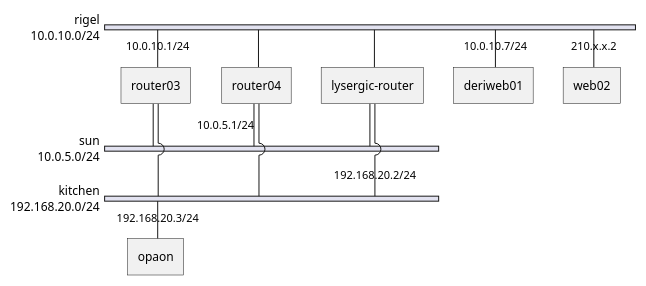
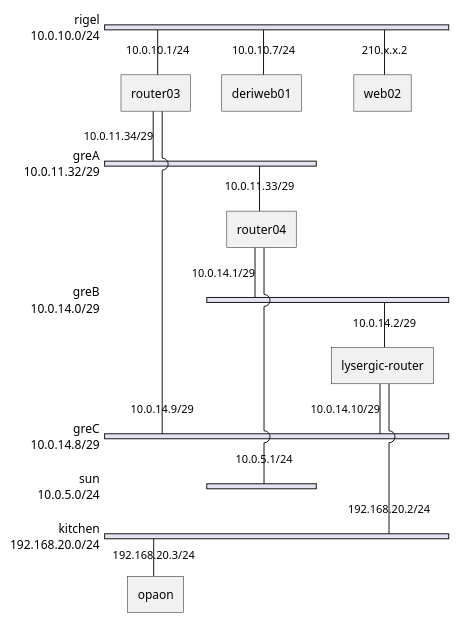
Before and after one commit to mogad0n/plantuml: the diagram in lysergic.pu, drawn with PlantUML.

Commit message:
attempt gre networks

```diff
--- a/lysergic.pu
+++ b/lysergic.pu
@@ -1,27 +1,40 @@
 @startuml
 nwdiag {
   network rigel {
       address = "10.0.10.0/24"
       router03 [address = "10.0.10.1/24"];
-      router04;
-      lysergic-router;
       deriweb01 [address = "10.0.10.7/24"];
       web02 [address = "210.x.x.2"];
 }
+
+  network greA {
+      address = "10.0.11.32/29"
+      router03 [address = "10.0.11.34/29"];
+      router04 [address = "10.0.11.33/29"];
+}
+
+  network greB {
+      address = "10.0.14.0/29"
+      router04 [address = "10.0.14.1/29"];
+      lysergic-router [address = "10.0.14.2/29"];
+}
+
+  network greC {
+      address = "10.0.14.8/29"
+      router03 [address = "10.0.14.9/29"];
+      lysergic-router [address = "10.0.14.10/29"];
+}
+
   network sun {
       address = "10.0.5.0/24"
       router04 [address = "10.0.5.1/24"];
-      router03;
-      lysergic-router;
 }
+
   network kitchen {
       address = "192.168.20.0/24"
       lysergic-router [address = "192.168.20.2/24"];
-      router04;
-      router03;
       opaon [address = "192.168.20.3/24"];
-
 
 	}
 }
 @enduml
```
